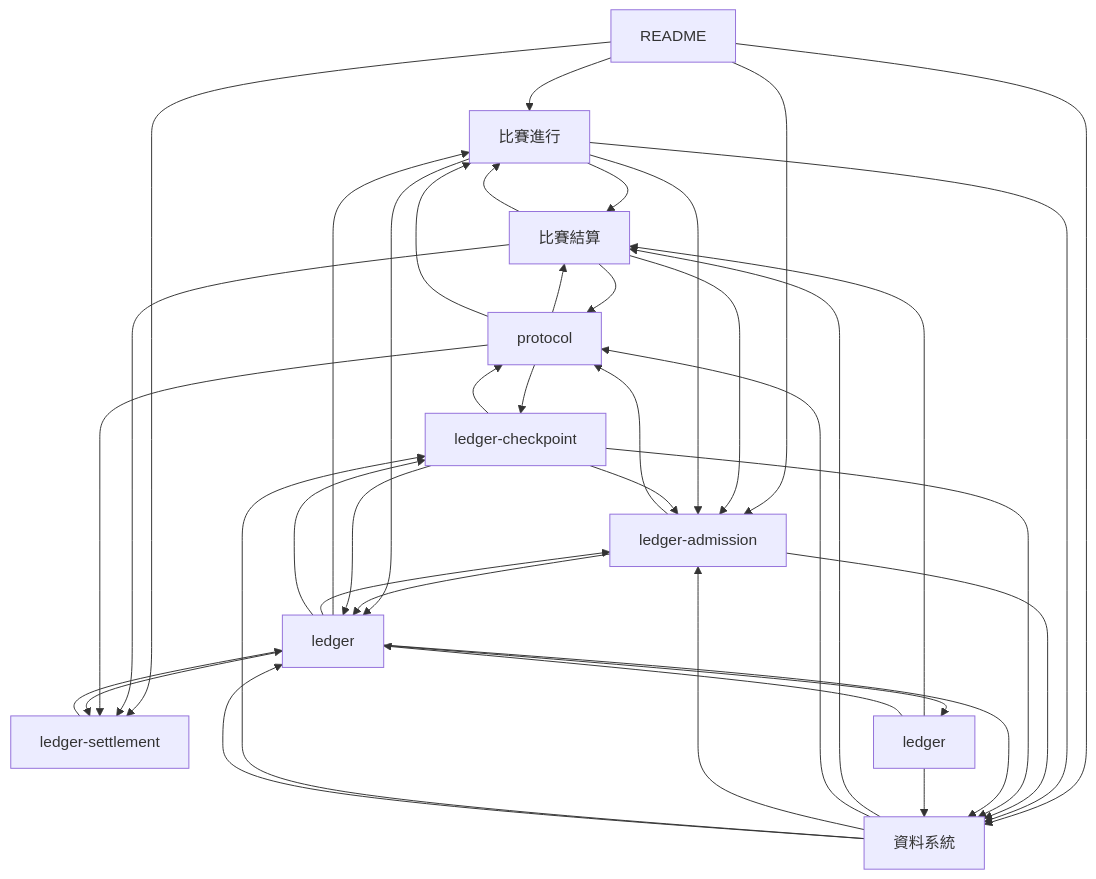
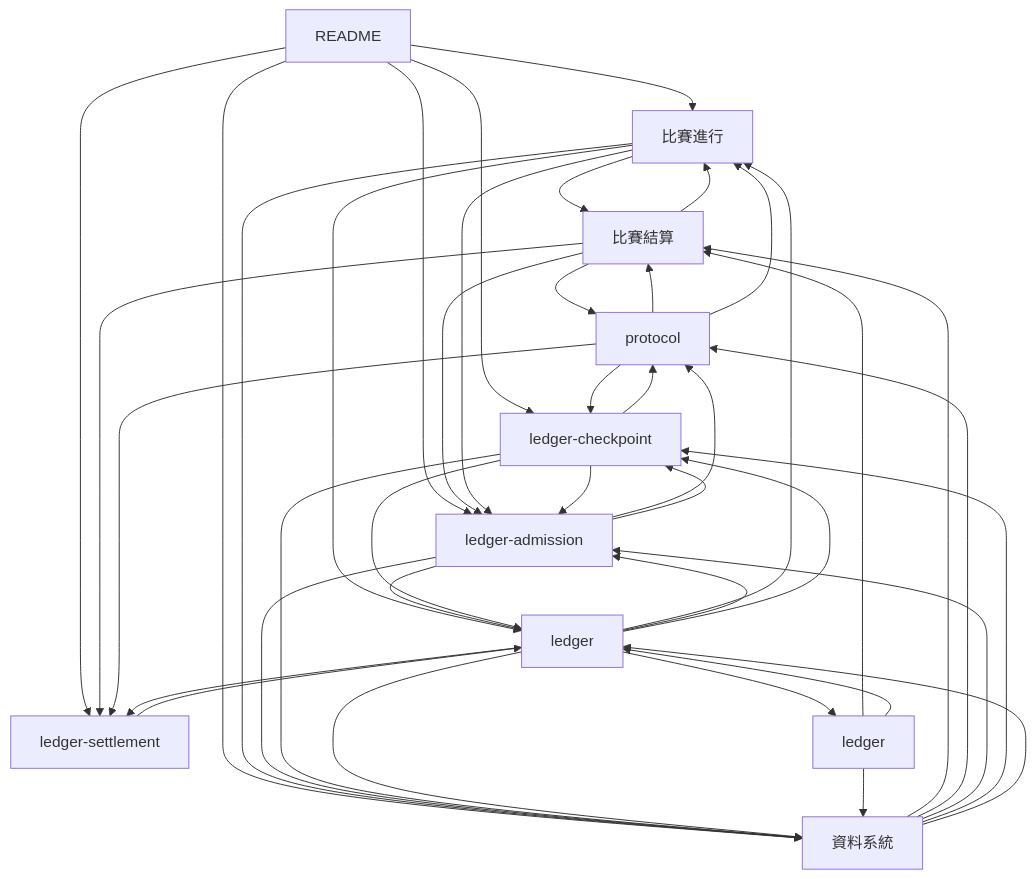
One commit to xjustloveux/open-4wd-specs changed the first of 17 diagrams in docs-map.md. Above: the diagram before and after it, drawn with Mermaid. The commit also changed other lines of this file and 29 other files, not shown here.

````diff
--- a/docs-map.md
+++ b/docs-map.md
@@ -49,51 +49,53 @@
 ```mermaid
 flowchart TB
   n0["README"]
   n1["比賽結算"]
   n2["比賽進行"]
   n3["protocol"]
   n4["ledger-admission"]
   n5["ledger-checkpoint"]
   n6["ledger-settlement"]
   n7["ledger"]
   n8["ledger"]
   n9["資料系統"]
   n0 --> n2
   n0 --> n4
+  n0 --> n5
   n0 --> n6
   n0 --> n9
   n1 --> n2
   n1 --> n3
   n1 --> n4
   n1 --> n6
   n2 --> n1
   n2 --> n4
   n2 --> n7
   n2 --> n9
   n3 --> n1
   n3 --> n2
   n3 --> n5
   n3 --> n6
   n4 --> n3
+  n4 --> n5
   n4 --> n7
   n4 --> n9
   n5 --> n3
   n5 --> n4
   n5 --> n7
   n5 --> n9
   n6 --> n7
   n7 --> n2
   n7 --> n4
   n7 --> n5
   n7 --> n6
   n7 --> n8
   n7 --> n9
   n8 --> n1
   n8 --> n7
   n8 --> n9
   n9 --> n1
   n9 --> n3
   n9 --> n4
   n9 --> n5
   n9 --> n7
 ```
````
